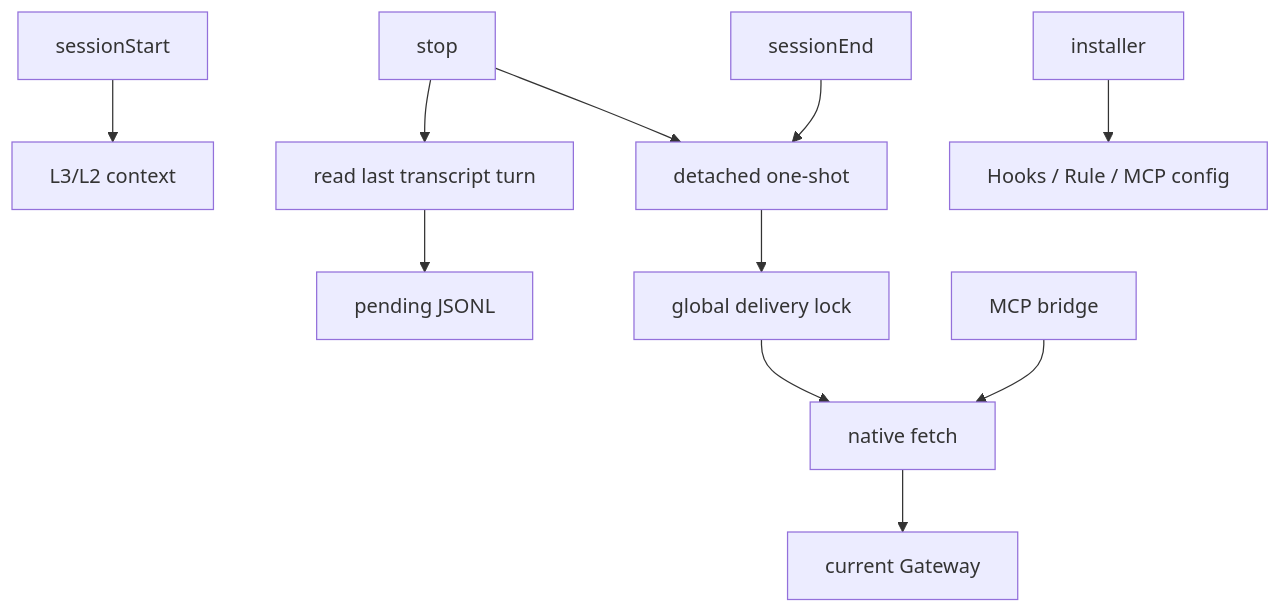
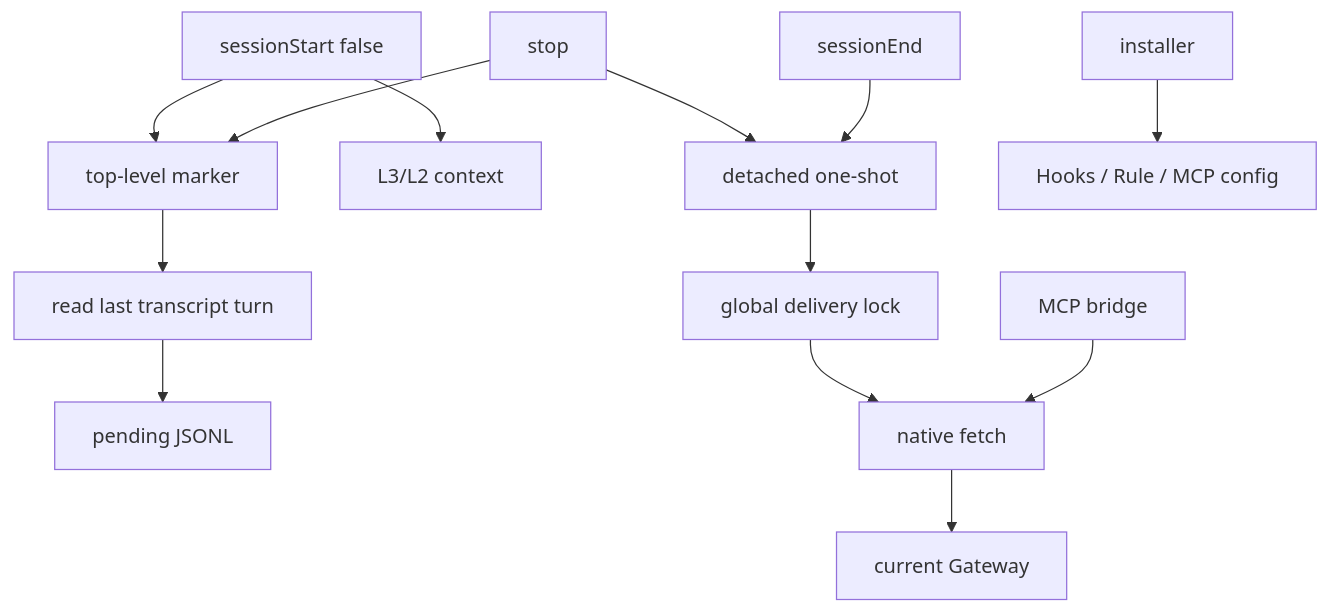
One commit to JoeyEnjoyLoL/TencentDB-Agent-Memory changed the diagram in docs/316base/spec.md. Above: the diagram before and after it, drawn with Mermaid. The commit also changed other lines of this file and 3 other files, not shown here.

````diff
--- a/docs/316base/spec.md
+++ b/docs/316base/spec.md
@@ -123,13 +126,15 @@
 ```mermaid
 flowchart TD
-  SS[sessionStart] --> C[L3/L2 context]
-  ST[stop] --> T[read last transcript turn]
+  SS[sessionStart false] --> K[top-level marker]
+  SS --> C[L3/L2 context]
+  ST[stop] --> K
+  K --> T[read last transcript turn]
   T --> J[pending JSONL]
   ST --> O[detached one-shot]
   SE[sessionEnd] --> O
   O --> L[global delivery lock]
   L --> F[native fetch]
   F --> G[current Gateway]
   M[MCP bridge] --> F
   I[installer] --> CFG[Hooks / Rule / MCP config]
 ```
````
